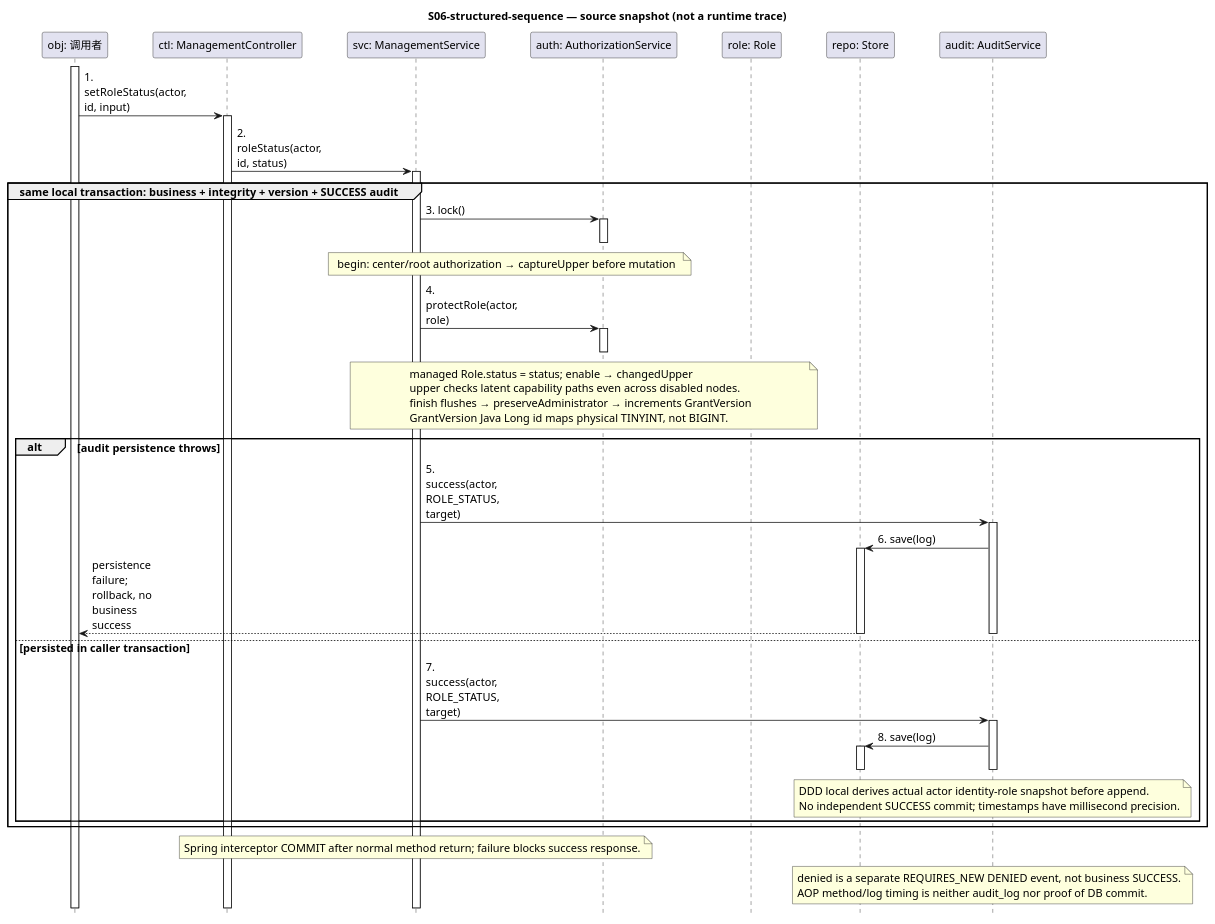
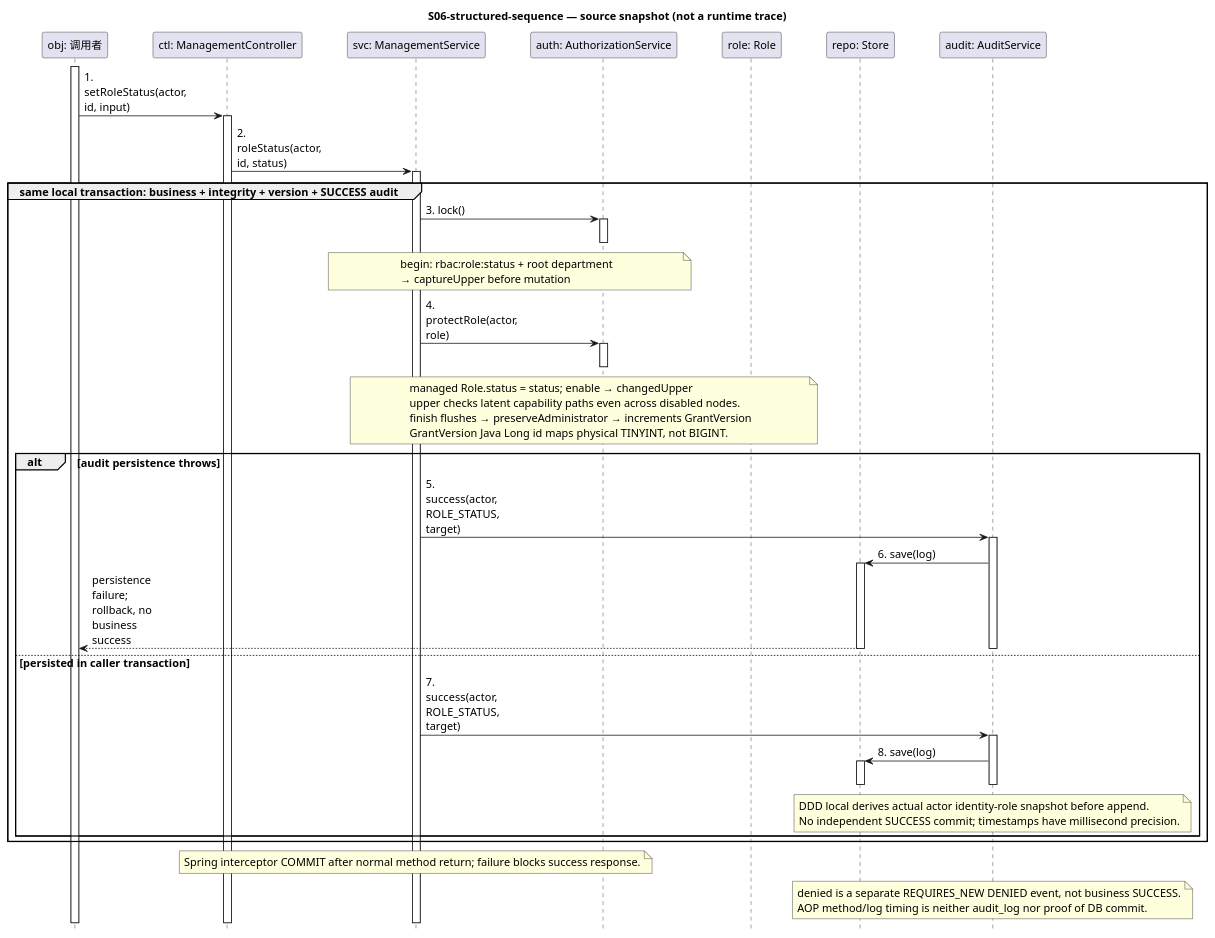
Before and after one commit to tang-new/OOAD: the diagram in docs/design/S06-structured-sequence.puml, drawn with PlantUML. The commit also changed 26 other files, not shown here.

Commit message:
fix(rbac): separate role status permission

```diff
--- a/docs/design/S06-structured-sequence.puml
+++ b/docs/design/S06-structured-sequence.puml
@@ -1,69 +1,70 @@
 @startuml
 hide footbox
 skinparam defaultFontName Microsoft YaHei
 skinparam defaultFontSize 14
 skinparam ParticipantPadding 24
 skinparam BoxPadding 12
 skinparam sequenceMessageAlign left
 skinparam maxMessageSize 100
 title S06-structured-sequence — source snapshot (not a runtime trace)
 participant "obj: 调用者" as obj
 participant "ctl: ManagementController" as ctl
 participant "svc: ManagementService" as svc
 participant "auth: AuthorizationService" as auth
 participant "role: Role" as role
 participant "repo: Store" as repo
 participant "audit: AuditService" as audit
 activate obj
 obj -> ctl: 1. setRoleStatus(actor, id, input)
 activate ctl
 ctl -> svc: 2. roleStatus(actor, id, status)
 activate svc
 group same local transaction: business + integrity + version + SUCCESS audit
 svc -> auth: 3. lock()
 activate auth
 deactivate auth
 note over svc,auth
-begin: center/root authorization → captureUpper before mutation
+begin: rbac:role:status + root department
+→ captureUpper before mutation
 end note
 svc -> auth: 4. protectRole(actor, role)
 activate auth
 deactivate auth
 note over svc,role
 managed Role.status = status; enable → changedUpper
 upper checks latent capability paths even across disabled nodes.
 finish flushes → preserveAdministrator → increments GrantVersion
 GrantVersion Java Long id maps physical TINYINT, not BIGINT.
 end note
 alt audit persistence throws
 svc -> audit: 5. success(actor, ROLE_STATUS, target)
 activate audit
 audit -> repo: 6. save(log)
 activate repo
 repo --> obj: persistence failure; rollback, no business success
 deactivate repo
 deactivate audit
 else persisted in caller transaction
 svc -> audit: 7. success(actor, ROLE_STATUS, target)
 activate audit
 audit -> repo: 8. save(log)
 activate repo
 deactivate repo
 deactivate audit
 note over audit
 DDD local derives actual actor identity-role snapshot before append.
 No independent SUCCESS commit; timestamps have millisecond precision.
 end note
 end
 end
 note over svc
 Spring interceptor COMMIT after normal method return; failure blocks success response.
 end note
 note over audit
 denied is a separate REQUIRES_NEW DENIED event, not business SUCCESS.
 AOP method/log timing is neither audit_log nor proof of DB commit.
 end note
 deactivate svc
 deactivate ctl
 deactivate obj
 @enduml
```
